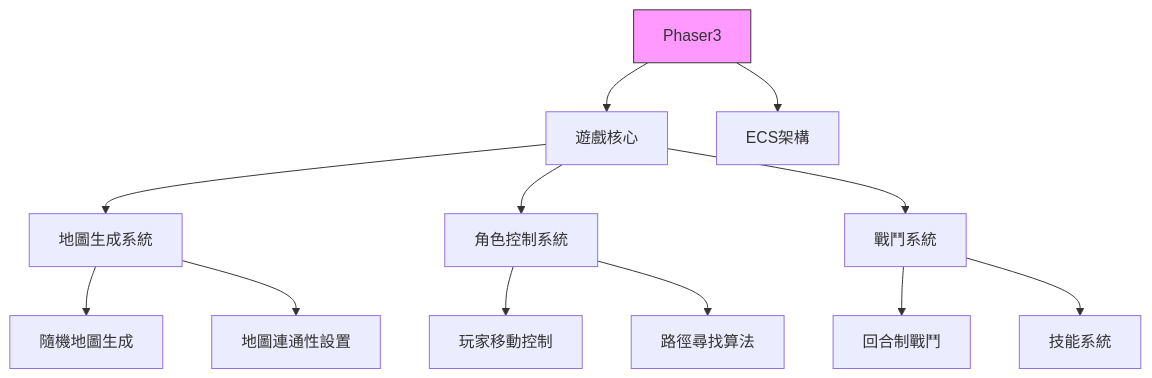
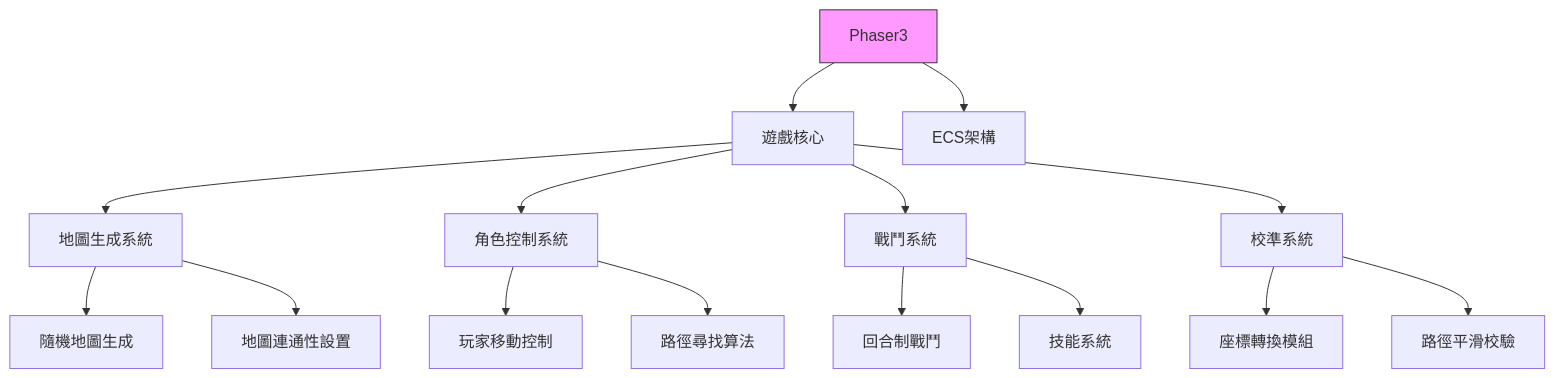
Before and after one commit to ainlee/WebRPG: the first of 8 diagrams in spec.md, drawn with Mermaid. The commit also changed other lines of this file and 14 other files, not shown here.

````diff
--- a/spec.md
+++ b/spec.md
@@ -13,15 +19,18 @@
 ```mermaid
 flowchart TD
     P[Phaser3] --> A[遊戲核心]
     A --> B[地圖生成系統]
     A --> C[角色控制系統]
     A --> D[戰鬥系統]
+    A --> M[校準系統]
+    M --> N[座標轉換模組]
+    M --> O[路徑平滑校驗]
     B --> E[隨機地圖生成]
     B --> F[地圖連通性設置]
     C --> G[玩家移動控制]
     C --> H[路徑尋找算法]
     D --> I[回合制戰鬥]
     D --> J[技能系統]
     P --> K[ECS架構]
     style P fill:#f9f,stroke:#333
 ```
````
